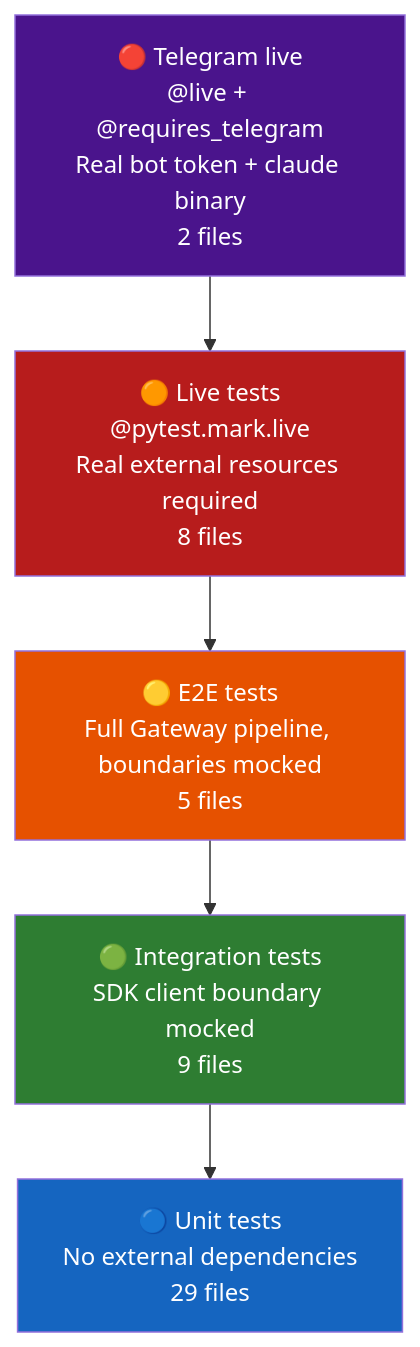
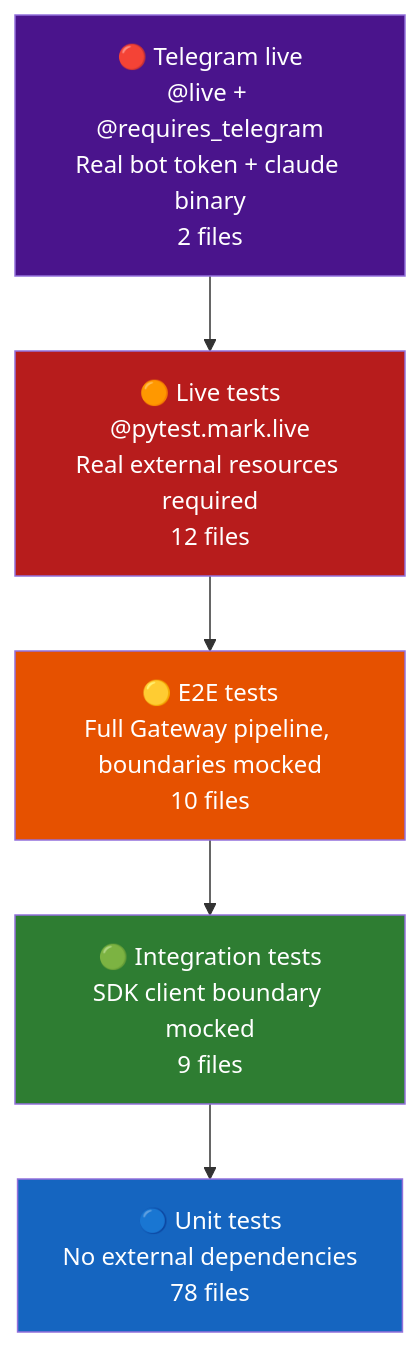
The diagram in Documentation/Architecture/200_testing_strategy.md (user538295/archon-assistant), drawn with Mermaid before and after one commit. The commit also changed other lines of this file and 27 other files, not shown here.

````diff
--- a/Documentation/Architecture/200_testing_strategy.md
+++ b/Documentation/Architecture/200_testing_strategy.md
@@ -21,16 +21,16 @@
 ```mermaid
 flowchart TB
     T5["🔴 Telegram live<br/>@live + @requires_telegram<br/>Real bot token + claude binary<br/>2 files"]
-    T4["🟠 Live tests<br/>@pytest.mark.live<br/>Real external resources required<br/>8 files"]
-    T3["🟡 E2E tests<br/>Full Gateway pipeline, boundaries mocked<br/>5 files"]
+    T4["🟠 Live tests<br/>@pytest.mark.live<br/>Real external resources required<br/>12 files"]
+    T3["🟡 E2E tests<br/>Full Gateway pipeline, boundaries mocked<br/>10 files"]
     T2["🟢 Integration tests<br/>SDK client boundary mocked<br/>9 files"]
-    T1["🔵 Unit tests<br/>No external dependencies<br/>29 files"]
+    T1["🔵 Unit tests<br/>No external dependencies<br/>78 files"]
 
     T5 --> T4 --> T3 --> T2 --> T1
 
     style T1 fill:#1565c0,color:#fff
     style T2 fill:#2e7d32,color:#fff
     style T3 fill:#e65100,color:#fff
     style T4 fill:#b71c1c,color:#fff
     style T5 fill:#4a148c,color:#fff
 ```
````
